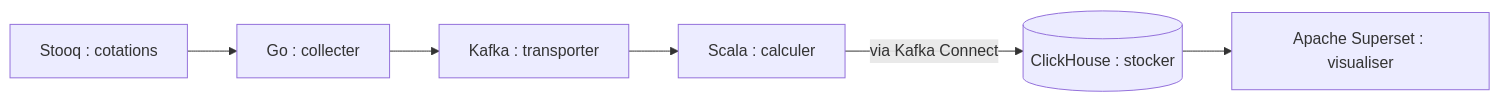
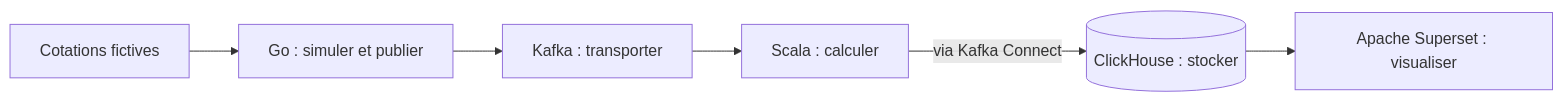
Before and after one commit to assabur/StreamLoom: the first of 2 diagrams in README.md, drawn with Mermaid. The commit also changed other lines of this file and 14 other files, not shown here.

````diff
--- a/README.md
+++ b/README.md
@@ -9,8 +9,8 @@
 ```mermaid
 flowchart LR
-    source["Stooq : cotations"] --> producer["Go : collecter"]
+    source["Cotations fictives"] --> producer["Go : simuler et publier"]
     producer --> kafka["Kafka : transporter"]
     kafka --> aggregator["Scala : calculer"]
     aggregator -->|"via Kafka Connect"| database[("ClickHouse : stocker")]
     database --> superset["Apache Superset : visualiser"]
 ```
````
